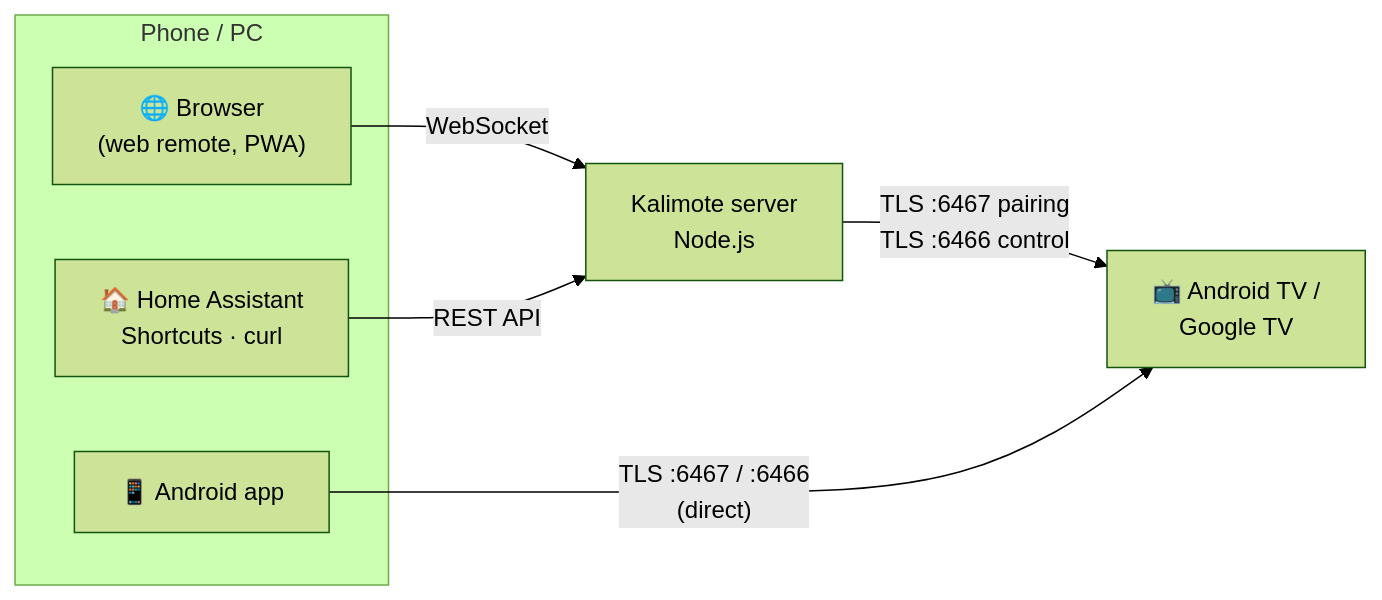
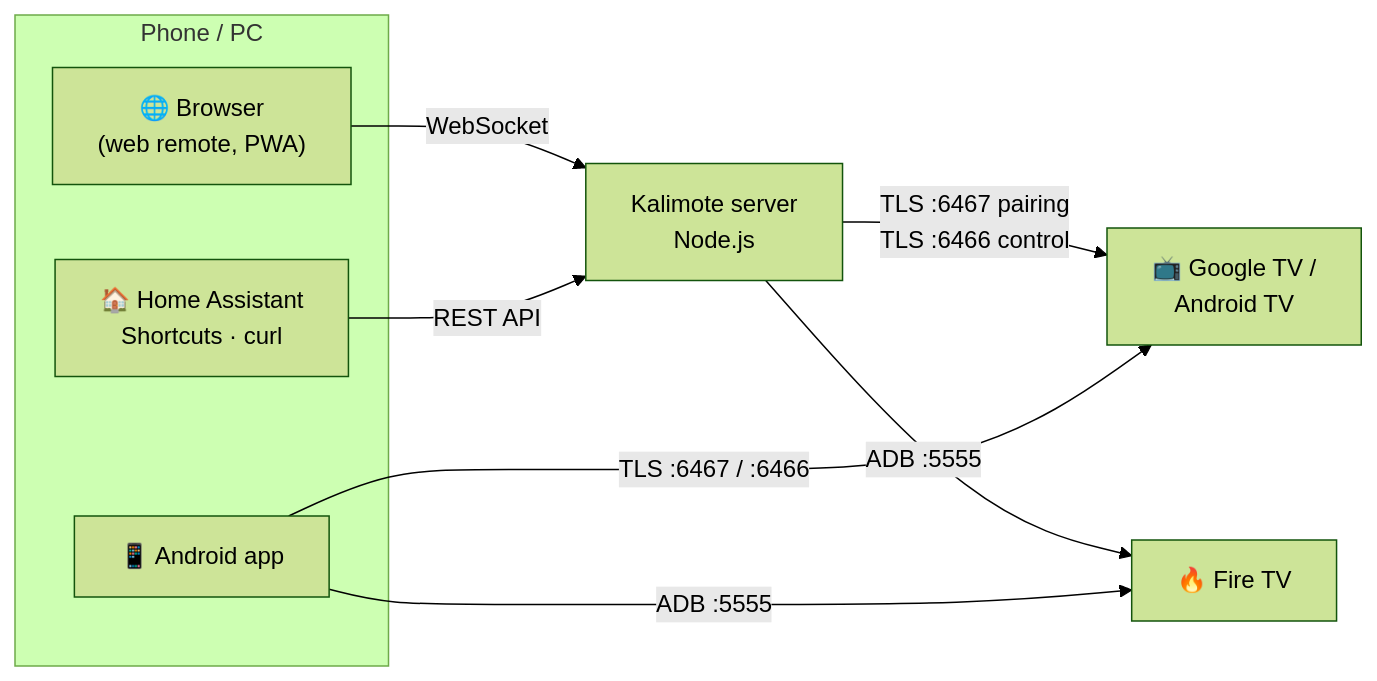
Before and after one commit to sshahs/kalimote: the diagram in README.md, drawn with Mermaid (forest theme). The commit also changed other lines of this file, not shown here.

First line of the commit message:
README: Amazon Fire TV support, setup and troubleshooting

````diff
--- a/README.md
+++ b/README.md
@@ -252,14 +268,17 @@
 ```mermaid
 flowchart LR
   subgraph clients["Phone / PC"]
     B["🌐 Browser<br/>(web remote, PWA)"]
     A["📱 Android app"]
     H["🏠 Home Assistant<br/>Shortcuts · curl"]
   end
   S["Kalimote server<br/>Node.js"]
-  TV["📺 Android TV /<br/>Google TV"]
+  TV["📺 Google TV /<br/>Android TV"]
+  FT["🔥 Fire TV"]
   B -- WebSocket --> S
   H -- REST API --> S
   S -- "TLS :6467 pairing<br/>TLS :6466 control" --> TV
-  A -- "TLS :6467 / :6466<br/>(direct)" --> TV
+  S -- "ADB :5555" --> FT
+  A -- "TLS :6467 / :6466" --> TV
+  A -- "ADB :5555" --> FT
 ```
````
